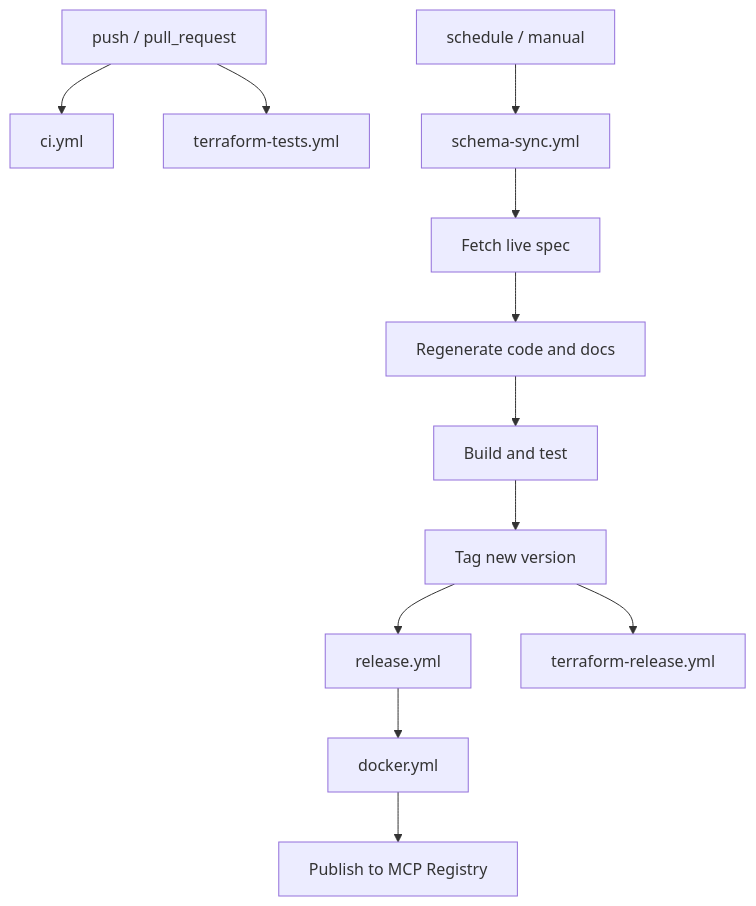
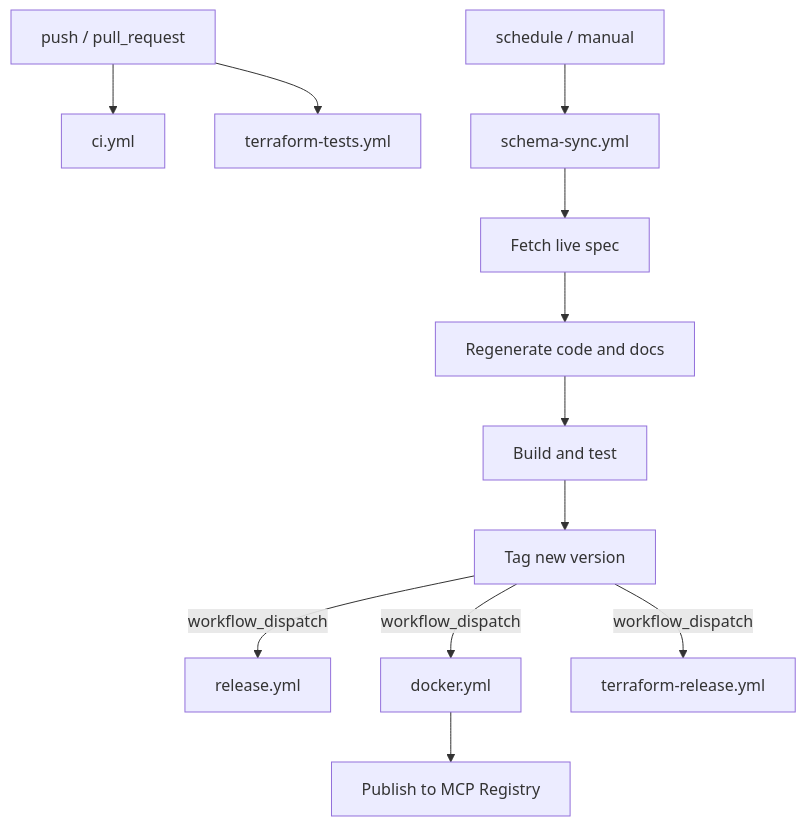
One commit to FabianSchurig/bitbucket-cli changed the second of 2 diagrams in README.md. Above: the diagram before and after it, drawn with Mermaid. The commit also changed other lines of this file and 27 other files, not shown here.

````diff
--- a/README.md
+++ b/README.md
@@ -167,14 +167,14 @@
 ```mermaid
 flowchart TD
     A[push / pull_request] --> B[ci.yml]
     A --> C[terraform-tests.yml]
     D[schedule / manual] --> E[schema-sync.yml]
     E --> F[Fetch live spec]
     F --> G[Regenerate code and docs]
     G --> H[Build and test]
     H --> I[Tag new version]
-    I --> J[release.yml]
-    J --> K[docker.yml]
-    I --> L[terraform-release.yml]
+    I -->|workflow_dispatch| J[release.yml]
+    I -->|workflow_dispatch| K[docker.yml]
+    I -->|workflow_dispatch| L[terraform-release.yml]
     K --> M[Publish to MCP Registry]
 ```
````
